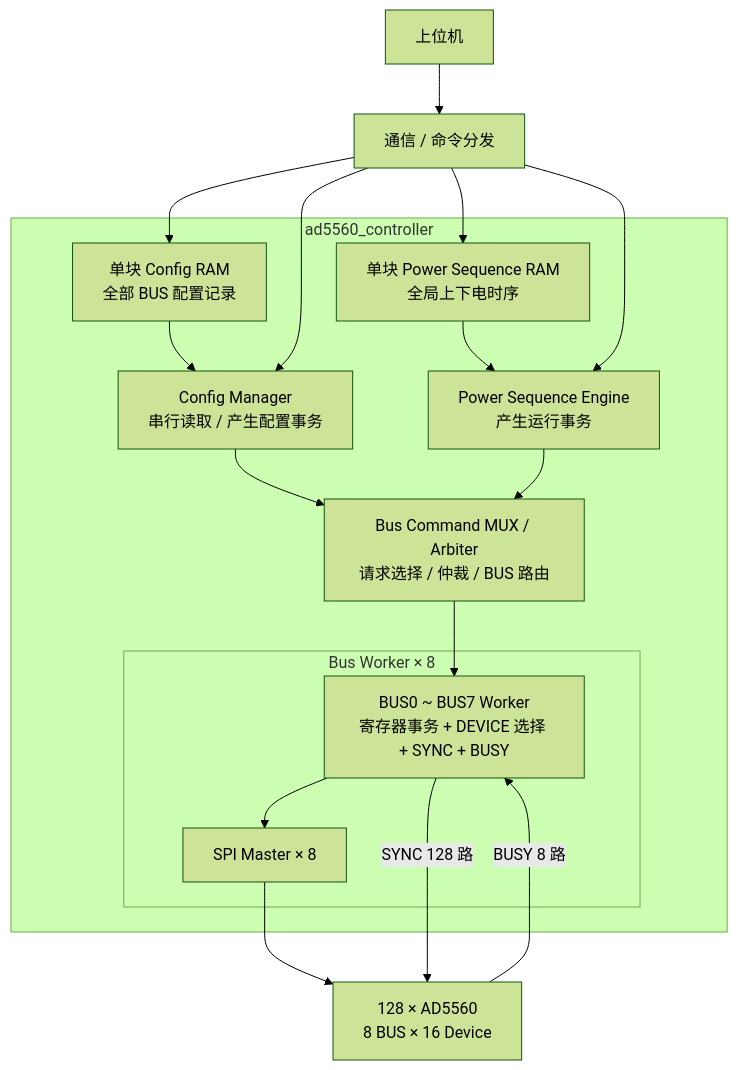
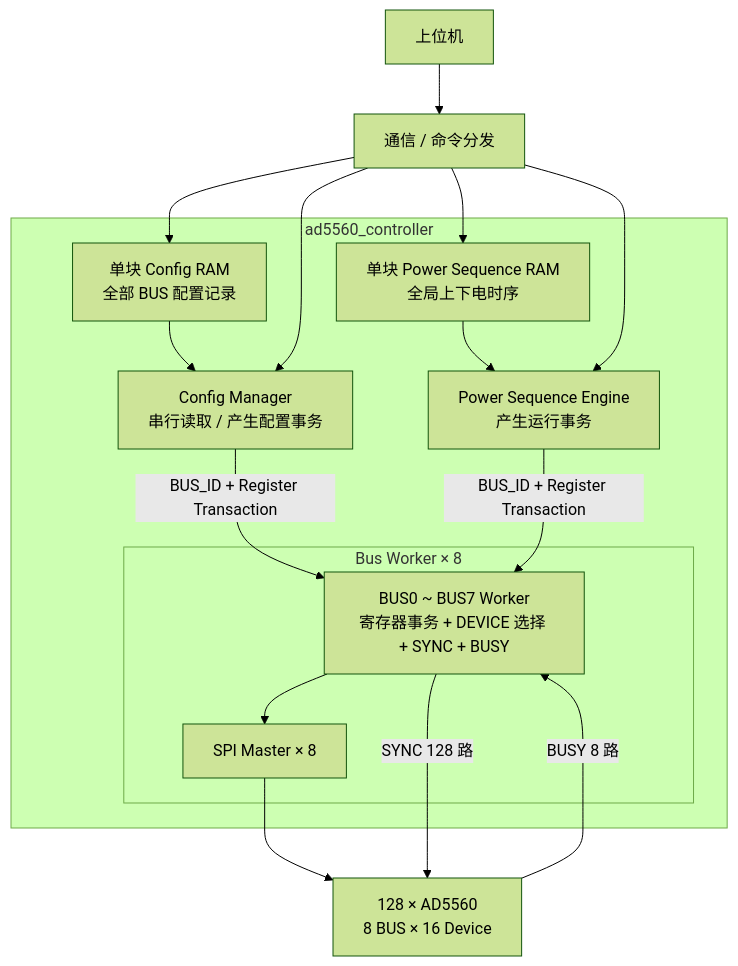
Before and after one commit to hhanghhhhh/hbm_proj: the diagram in AD5560/SYSTEM_ARCHITECTURE.md, drawn with Mermaid (forest theme). The commit also changed other lines of this file, not shown here.

Commit message:
docs: remove bus command mux from AD5560 architecture

````diff
--- a/AD5560/SYSTEM_ARCHITECTURE.md
+++ b/AD5560/SYSTEM_ARCHITECTURE.md
@@ -123,40 +123,37 @@
 ```mermaid
 flowchart TB
     PC[上位机]
     COMM[通信 / 命令分发]
 
     subgraph CTRL[ad5560_controller]
         CRAM[单块 Config RAM\n全部 BUS 配置记录]
         CM[Config Manager\n串行读取 / 产生配置事务]
 
         PSRAM[单块 Power Sequence RAM\n全局上下电时序]
         PSE[Power Sequence Engine\n产生运行事务]
 
-        ARB[Bus Command MUX / Arbiter\n请求选择 / 仲裁 / BUS 路由]
-
         subgraph BUS[Bus Worker × 8]
             BW[BUS0 ~ BUS7 Worker\n寄存器事务 + DEVICE 选择 + SYNC + BUSY]
             SPI[SPI Master × 8]
             BW --> SPI
         end
 
         CRAM --> CM
         PSRAM --> PSE
 
-        CM --> ARB
-        PSE --> ARB
-        ARB --> BW
+        CM -->|BUS_ID + Register Transaction| BW
+        PSE -->|BUS_ID + Register Transaction| BW
     end
 
     DEV[128 × AD5560\n8 BUS × 16 Device]
 
     PC --> COMM
     COMM --> CRAM
     COMM --> CM
     COMM --> PSRAM
     COMM --> PSE
 
     SPI --> DEV
     BW -->|SYNC 128 路| DEV
     DEV -->|BUSY 8 路| BW
 ```
````
